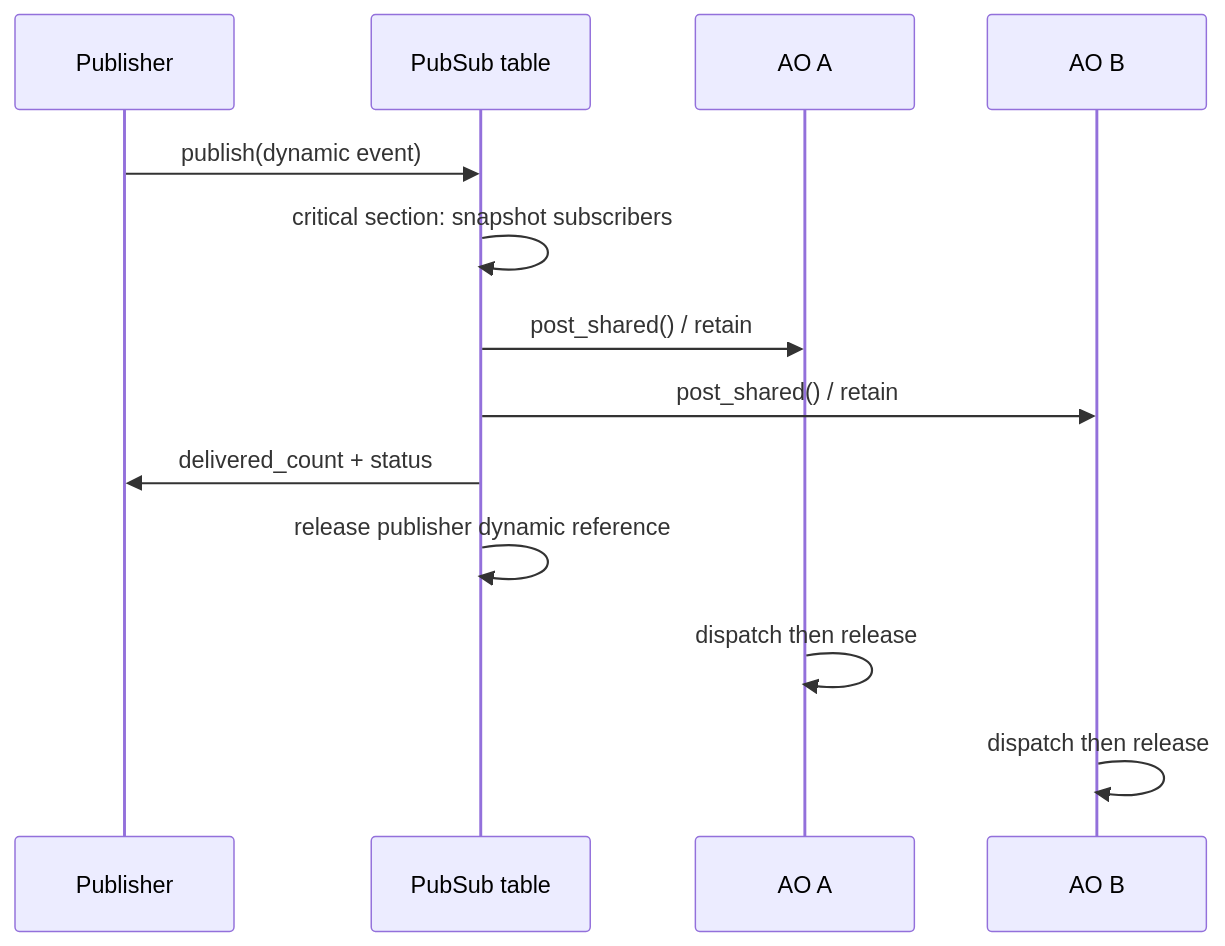
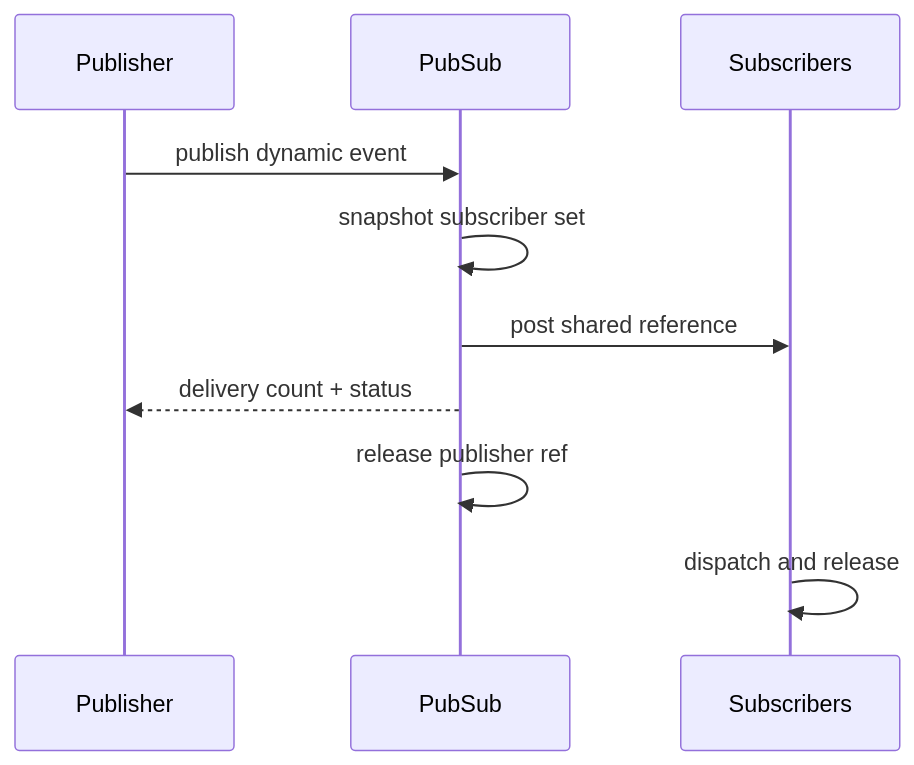
The diagram in docs/03-haievent/publish-subscribe.md (haikevins/hairtos), drawn with Mermaid before and after one commit. The commit also changed other lines of this file and 82 other files, not shown here.

````diff
--- a/docs/03-haievent/publish-subscribe.md
+++ b/docs/03-haievent/publish-subscribe.md
@@ -45,15 +44,12 @@
 ```mermaid
 sequenceDiagram
     participant P as Publisher
-    participant PS as PubSub table
-    participant A as AO A
-    participant B as AO B
-    P->>PS: publish(dynamic event)
-    PS->>PS: critical section: snapshot subscribers
-    PS->>A: post_shared() / retain
-    PS->>B: post_shared() / retain
-    PS->>P: delivered_count + status
-    PS->>PS: release publisher dynamic reference
-    A->>A: dispatch then release
-    B->>B: dispatch then release
+    participant PS as PubSub
+    participant A as Subscribers
+    P->>PS: publish dynamic event
+    PS->>PS: snapshot subscriber set
+    PS->>A: post shared reference
+    PS-->>P: delivery count + status
+    PS->>PS: release publisher ref
+    A->>A: dispatch and release
 ```
````
